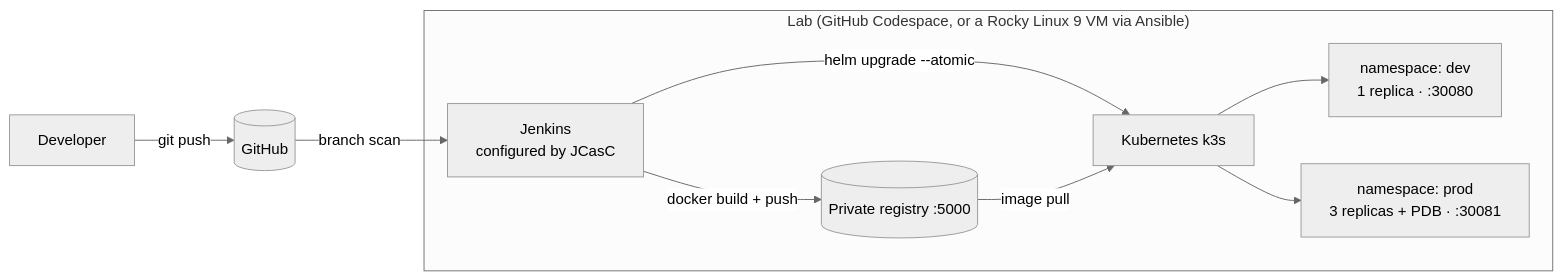
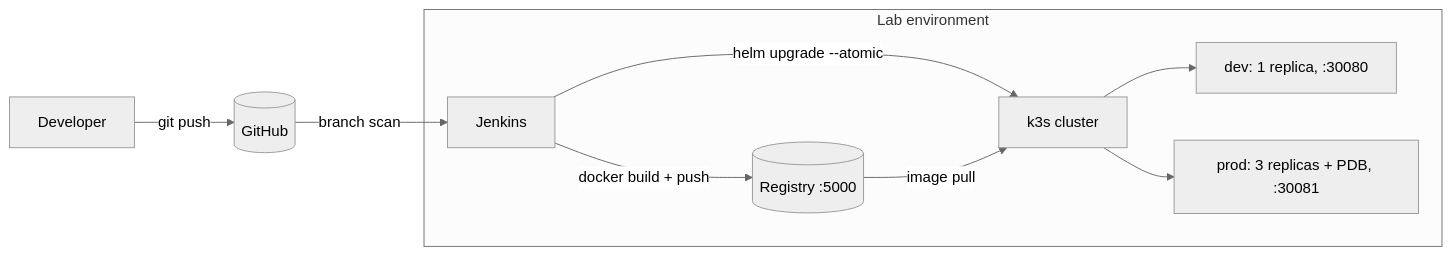
One commit to arselinda-byberi/hello-devops changed the diagram in README.md. Above: the diagram before and after it, drawn with Mermaid (neutral theme). The commit also changed other lines of this file and 8 other files, not shown here.

````diff
--- a/README.md
+++ b/README.md
@@ -19,12 +12,12 @@
 ```mermaid
 flowchart LR
     dev[Developer] -->|git push| gh[(GitHub)]
-    gh -->|branch scan| jenkins[Jenkins<br/>configured by JCasC]
-    subgraph LAB["Lab (GitHub Codespace, or a Rocky Linux 9 VM via Ansible)"]
-        jenkins -->|docker build + push| reg[(Private registry :5000)]
-        jenkins -->|helm upgrade --atomic| k8s[Kubernetes k3s]
+    gh -->|branch scan| jenkins[Jenkins]
+    subgraph LAB["Lab environment"]
+        jenkins -->|docker build + push| reg[(Registry :5000)]
+        jenkins -->|helm upgrade --atomic| k8s[k3s cluster]
         reg -->|image pull| k8s
-        k8s --> devns[namespace: dev<br/>1 replica · :30080]
-        k8s --> prodns[namespace: prod<br/>3 replicas + PDB · :30081]
+        k8s --> devns[dev: 1 replica, :30080]
+        k8s --> prodns[prod: 3 replicas + PDB, :30081]
     end
 ```
````
